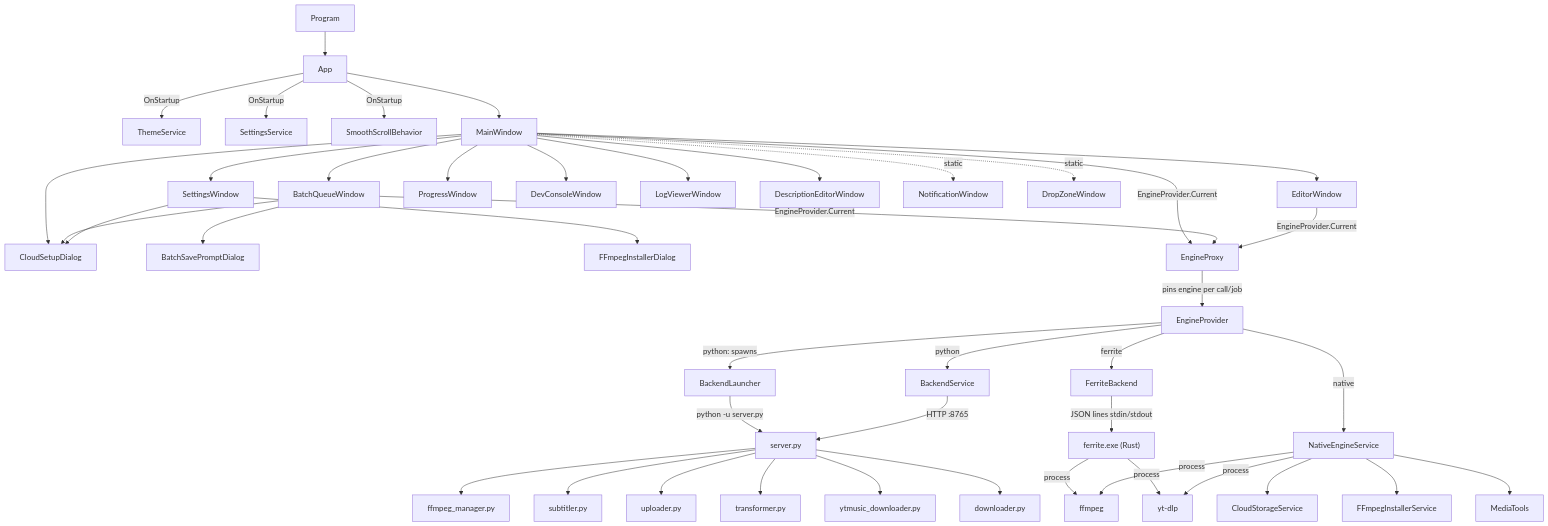
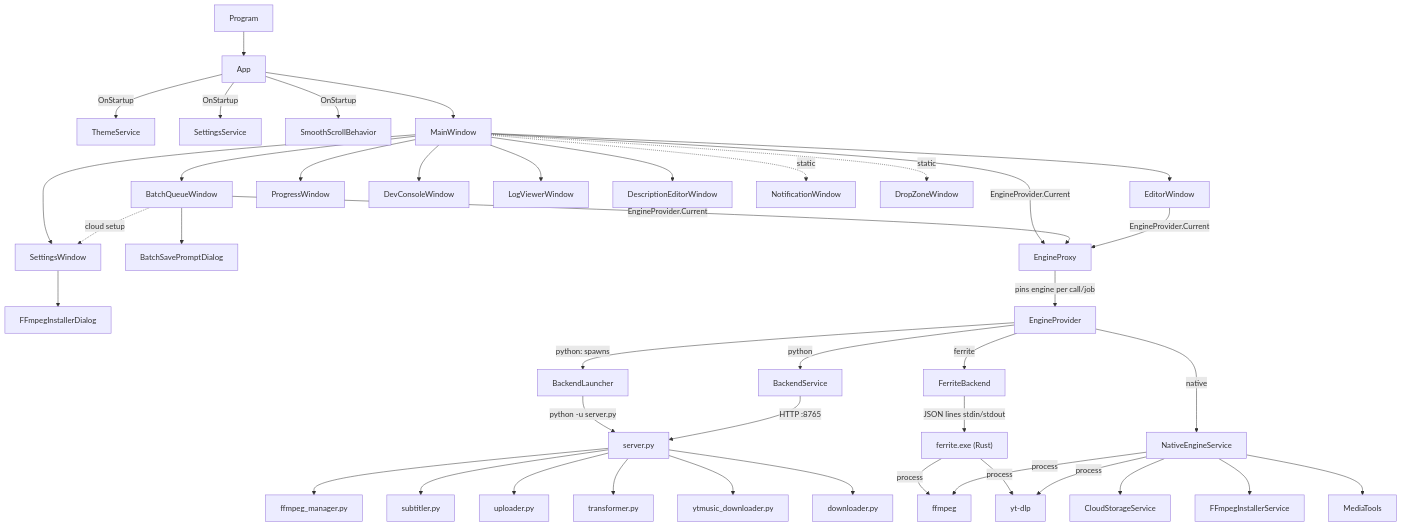
Before and after one commit to scash231/VideoConverter: the diagram in CLAUDE.md, drawn with Mermaid. The commit also changed other lines of this file and 12 other files, not shown here.

First line of the commit message:
27H1.27.3: cloud setup moves into Settings -> Cloud -> Configuration

````diff
--- a/CLAUDE.md
+++ b/CLAUDE.md
@@ -52,28 +52,29 @@
 ```mermaid
 graph TD
   Program --> App
   App -->|OnStartup| ThemeService & SettingsService & SmoothScrollBehavior
   App --> MainWindow
 
   MainWindow --> SettingsWindow & EditorWindow & BatchQueueWindow
-  MainWindow --> ProgressWindow & DevConsoleWindow & LogViewerWindow & DescriptionEditorWindow & CloudSetupDialog
+  MainWindow --> ProgressWindow & DevConsoleWindow & LogViewerWindow & DescriptionEditorWindow
   MainWindow -.static.-> NotificationWindow & DropZoneWindow
-  BatchQueueWindow --> CloudSetupDialog & BatchSavePromptDialog
-  SettingsWindow --> CloudSetupDialog & FFmpegInstallerDialog
+  BatchQueueWindow --> BatchSavePromptDialog
+  BatchQueueWindow -.cloud setup.-> SettingsWindow
+  SettingsWindow --> FFmpegInstallerDialog
 
   MainWindow & BatchQueueWindow & EditorWindow -->|EngineProvider.Current| EngineProxy
   EngineProxy -->|pins engine per call/job| EngineProvider
   EngineProvider -->|native| NativeEngineService
   EngineProvider -->|ferrite| FerriteBackend
   FerriteBackend -->|JSON lines stdin/stdout| ferrite_exe["ferrite.exe (Rust)"]
   ferrite_exe -->|process| ytdlp & ffmpeg
   EngineProvider -->|python| BackendService
   EngineProvider -->|python: spawns| BackendLauncher
   BackendLauncher -->|python -u server.py| server_py["server.py"]
   BackendService -->|HTTP :8765| server_py
 
   NativeEngineService --> MediaTools & FFmpegInstallerService & CloudStorageService
   NativeEngineService -->|process| ytdlp["yt-dlp"] & ffmpeg
 
   server_py --> downloader_py["downloader.py"] & ytmusic_py["ytmusic_downloader.py"] & transformer_py["transformer.py"] & uploader_py["uploader.py"] & subtitler_py["subtitler.py"] & ffmpeg_mgr_py["ffmpeg_manager.py"]
 ```
````
